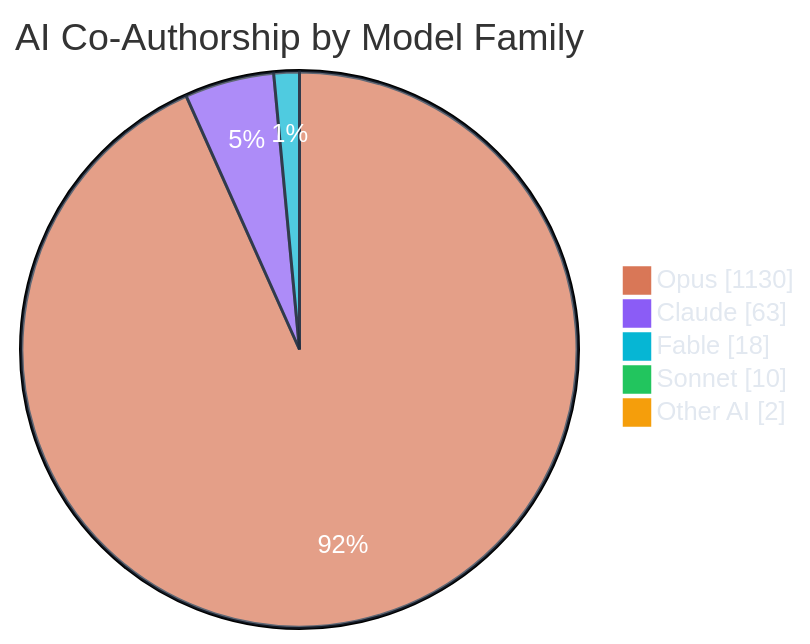
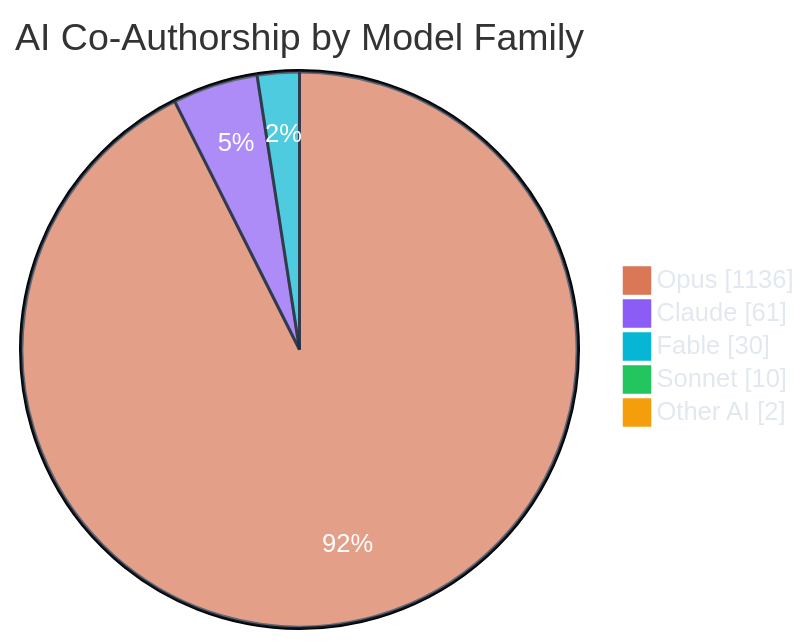
One commit to polo-nyan/polo-nyan changed the third of 7 diagrams in README.md. Above: the diagram before and after it, drawn with Mermaid. The commit also changed other lines of this file and 1 other file, not shown here.

````diff
--- a/README.md
+++ b/README.md
@@ -279,10 +279,10 @@
 ```mermaid
 %%{init: {"theme": "base", "themeVariables": { "pie1": "#d97757", "pie2": "#8b5cf6", "pie3": "#06b6d4", "pie4": "#22c55e", "pie5": "#f59e0b", "pie6": "#ec4899", "pieTextColor": "#ffffff", "pieLegendTextColor": "#e2e8f0", "pieSectionTextColor": "#ffffff", "pieStrokeColor": "#1e293b" }}}%%
 pie showData
     title AI Co-Authorship by Model Family
-    "Opus" : 1130
-    "Claude" : 63
-    "Fable" : 18
+    "Opus" : 1136
+    "Claude" : 61
+    "Fable" : 30
     "Sonnet" : 10
     "Other AI" : 2
 ```
````
